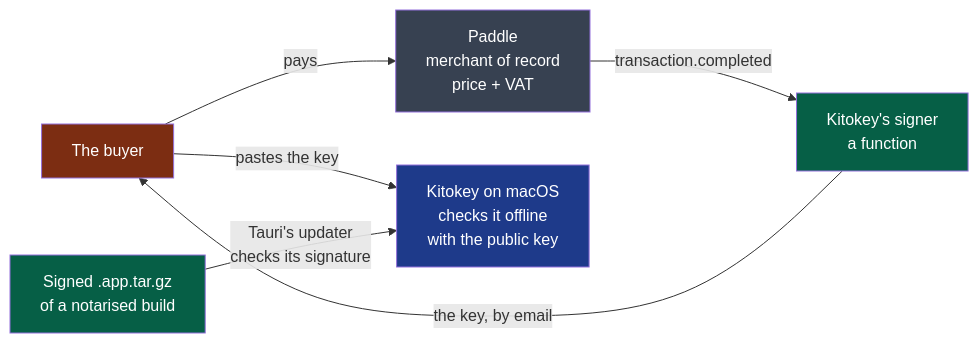
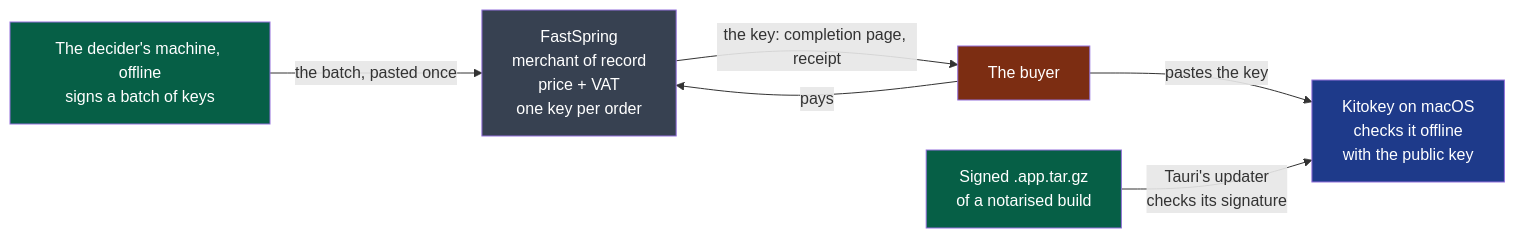
Before and after one commit to NapkinStack/kitokey: the diagram in docs/adr/0017-macos-sold-through-a-merchant-of-record-a-signed-key-checked-offline-tauri-s-updater.md, drawn with Mermaid. The commit also changed other lines of this file and 1 other file, not shown here.

First line of the commit message:
ADR-0017: no server of ours — FastSpring delivers keys signed beforehand, offline (the coordinator's challenge)

````diff
--- a/docs/adr/0017-macos-sold-through-a-merchant-of-record-a-signed-key-checked-offline-tauri-s-updater.md
+++ b/docs/adr/0017-macos-sold-through-a-merchant-of-record-a-signed-key-checked-offline-tauri-s-updater.md
@@ -109,13 +124,13 @@
 ```mermaid
 flowchart LR
-    B["The buyer"]:::person -->|pays| M["Paddle<br/>merchant of record<br/>price + VAT"]:::vendor
-    M -->|"transaction.completed"| F["Kitokey's signer<br/>a function"]:::ours
-    F -->|"the key, by email"| B
+    D["The decider's machine, offline<br/>signs a batch of keys"]:::ours -->|"the batch, pasted once"| M["FastSpring<br/>merchant of record<br/>price + VAT<br/>one key per order"]:::vendor
+    B["The buyer"]:::person -->|pays| M
+    M -->|"the key: completion page, receipt"| B
     B -->|pastes the key| A["Kitokey on macOS<br/>checks it offline<br/>with the public key"]:::app
     U["Signed .app.tar.gz<br/>of a notarised build"]:::ours -->|"Tauri's updater<br/>checks its signature"| A
 
     classDef person fill:#7c2d12,color:#fff
     classDef vendor fill:#374151,color:#fff
     classDef ours fill:#065f46,color:#fff
     classDef app fill:#1e3a8a,color:#fff
 ```
````
